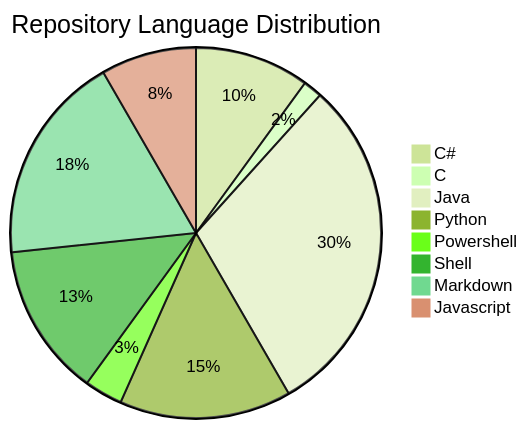
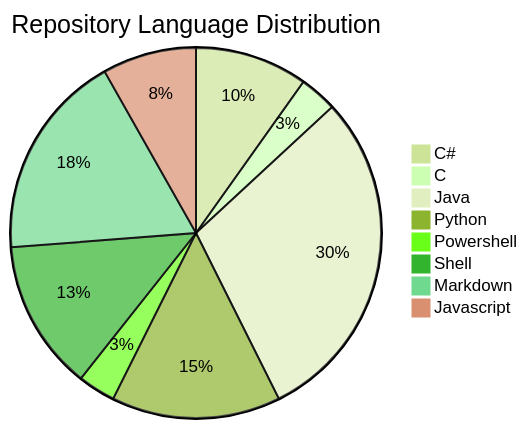
Before and after one commit to F4NT0/F4NT0: the diagram in README.md, drawn with Mermaid (forest theme).

````diff
--- a/README.md
+++ b/README.md
@@ -110,11 +110,11 @@
 ```mermaid
 pie title Repository Language Distribution
     "C#" : 6
-    "C": 1
+    "C": 2
     "Java" : 18
     "Python" : 9
     "Powershell" : 2
     "Shell" : 8
     "Markdown" : 11
     "Javascript" : 5
 ```
````
